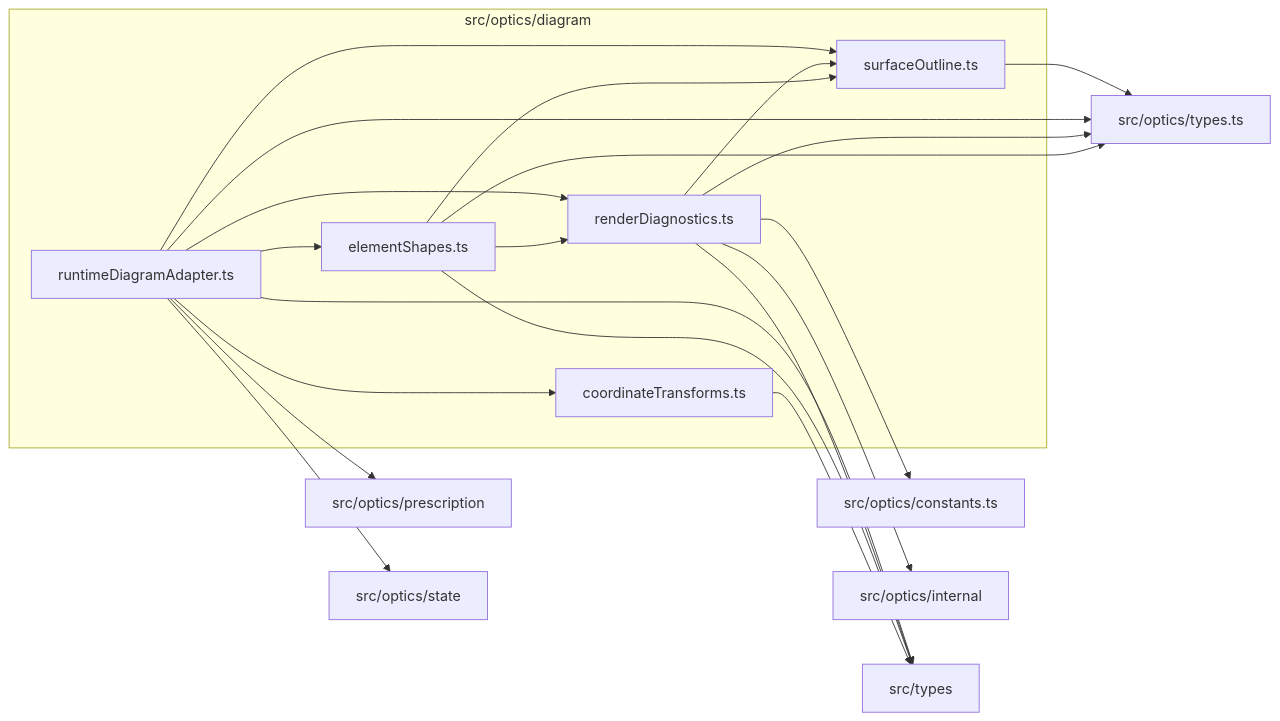
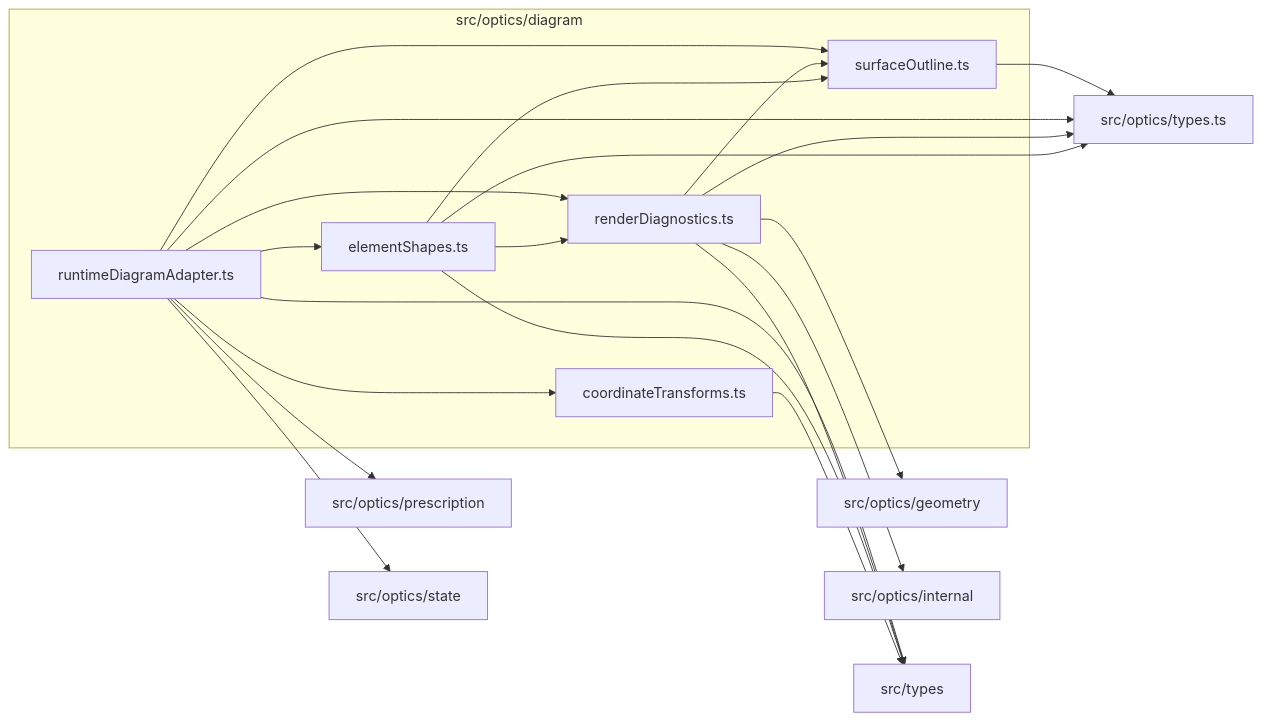
Before and after one commit to ronbuening/LensVisualizer: the diagram in src/optics/diagram/readme.md, drawn with Mermaid. The commit also changed other lines of this file and 25 other files, not shown here.

````diff
--- a/src/optics/diagram/readme.md
+++ b/src/optics/diagram/readme.md
@@ -9,35 +9,35 @@
 ```mermaid
 flowchart LR
   subgraph n_src_optics_diagram["src/optics/diagram"]
     n_src_optics_diagram_src_optics_diagram_coordinateTransforms_ts["coordinateTransforms.ts"]
     n_src_optics_diagram_src_optics_diagram_elementShapes_ts["elementShapes.ts"]
     n_src_optics_diagram_src_optics_diagram_renderDiagnostics_ts["renderDiagnostics.ts"]
     n_src_optics_diagram_src_optics_diagram_runtimeDiagramAdapter_ts["runtimeDiagramAdapter.ts"]
     n_src_optics_diagram_src_optics_diagram_surfaceOutline_ts["surfaceOutline.ts"]
   end
-  n_external_src_optics_constants_ts["src/optics/constants.ts"]
+  n_external_src_optics_geometry["src/optics/geometry"]
   n_external_src_optics_internal["src/optics/internal"]
   n_external_src_optics_prescription["src/optics/prescription"]
   n_external_src_optics_state["src/optics/state"]
   n_external_src_optics_types_ts["src/optics/types.ts"]
   n_external_src_types["src/types"]
-  n_src_optics_diagram_src_optics_diagram_renderDiagnostics_ts --> n_external_src_optics_constants_ts
+  n_src_optics_diagram_src_optics_diagram_renderDiagnostics_ts --> n_external_src_optics_geometry
   n_src_optics_diagram_src_optics_diagram_renderDiagnostics_ts --> n_external_src_optics_internal
   n_src_optics_diagram_src_optics_diagram_runtimeDiagramAdapter_ts --> n_external_src_optics_prescription
   n_src_optics_diagram_src_optics_diagram_runtimeDiagramAdapter_ts --> n_external_src_optics_state
   n_src_optics_diagram_src_optics_diagram_elementShapes_ts --> n_external_src_optics_types_ts
   n_src_optics_diagram_src_optics_diagram_renderDiagnostics_ts --> n_external_src_optics_types_ts
   n_src_optics_diagram_src_optics_diagram_runtimeDiagramAdapter_ts --> n_external_src_optics_types_ts
   n_src_optics_diagram_src_optics_diagram_surfaceOutline_ts --> n_external_src_optics_types_ts
   n_src_optics_diagram_src_optics_diagram_coordinateTransforms_ts --> n_external_src_types
   n_src_optics_diagram_src_optics_diagram_elementShapes_ts --> n_external_src_types
   n_src_optics_diagram_src_optics_diagram_renderDiagnostics_ts --> n_external_src_types
   n_src_optics_diagram_src_optics_diagram_runtimeDiagramAdapter_ts --> n_external_src_types
   n_src_optics_diagram_src_optics_diagram_runtimeDiagramAdapter_ts --> n_src_optics_diagram_src_optics_diagram_coordinateTransforms_ts
   n_src_optics_diagram_src_optics_diagram_runtimeDiagramAdapter_ts --> n_src_optics_diagram_src_optics_diagram_elementShapes_ts
   n_src_optics_diagram_src_optics_diagram_elementShapes_ts --> n_src_optics_diagram_src_optics_diagram_renderDiagnostics_ts
   n_src_optics_diagram_src_optics_diagram_runtimeDiagramAdapter_ts --> n_src_optics_diagram_src_optics_diagram_renderDiagnostics_ts
   n_src_optics_diagram_src_optics_diagram_elementShapes_ts --> n_src_optics_diagram_src_optics_diagram_surfaceOutline_ts
   n_src_optics_diagram_src_optics_diagram_renderDiagnostics_ts --> n_src_optics_diagram_src_optics_diagram_surfaceOutline_ts
   n_src_optics_diagram_src_optics_diagram_runtimeDiagramAdapter_ts --> n_src_optics_diagram_src_optics_diagram_surfaceOutline_ts
 ```
````
